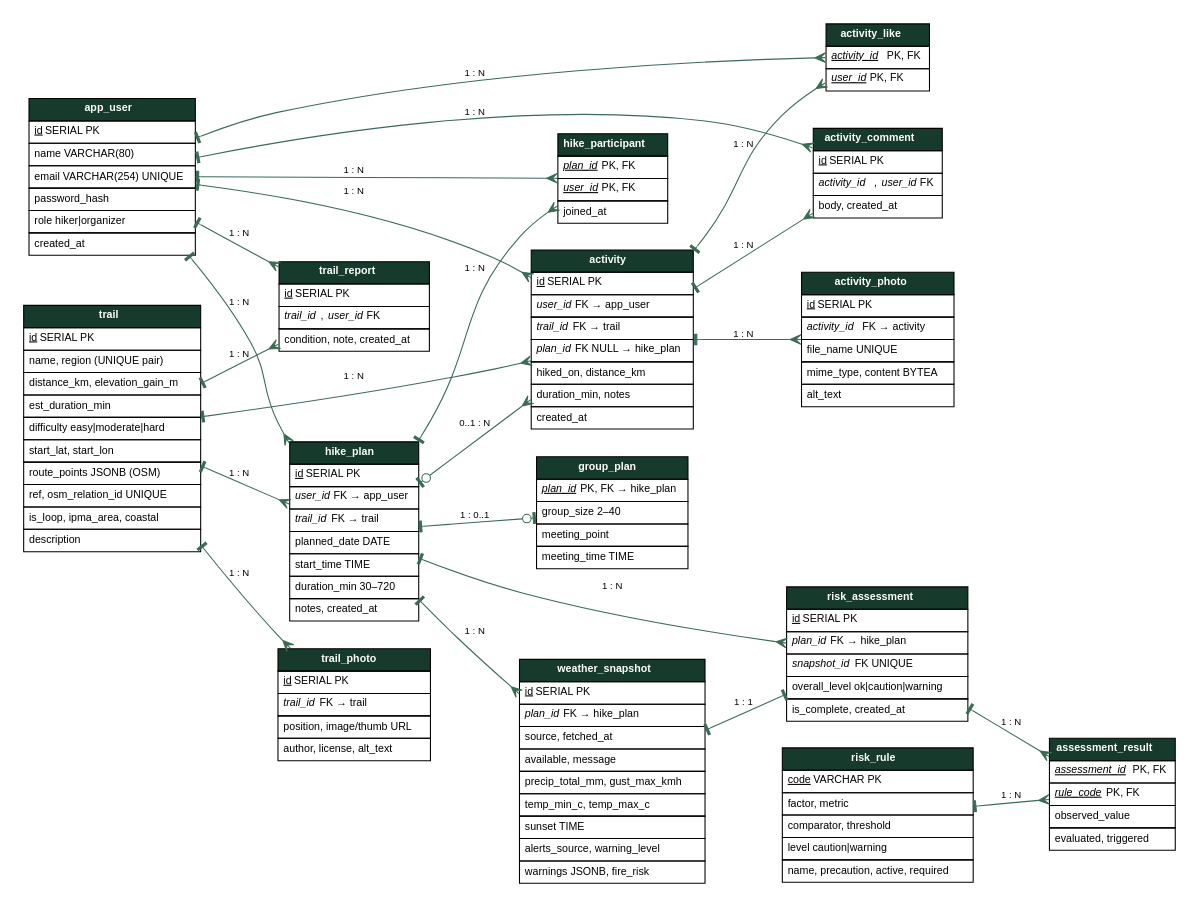
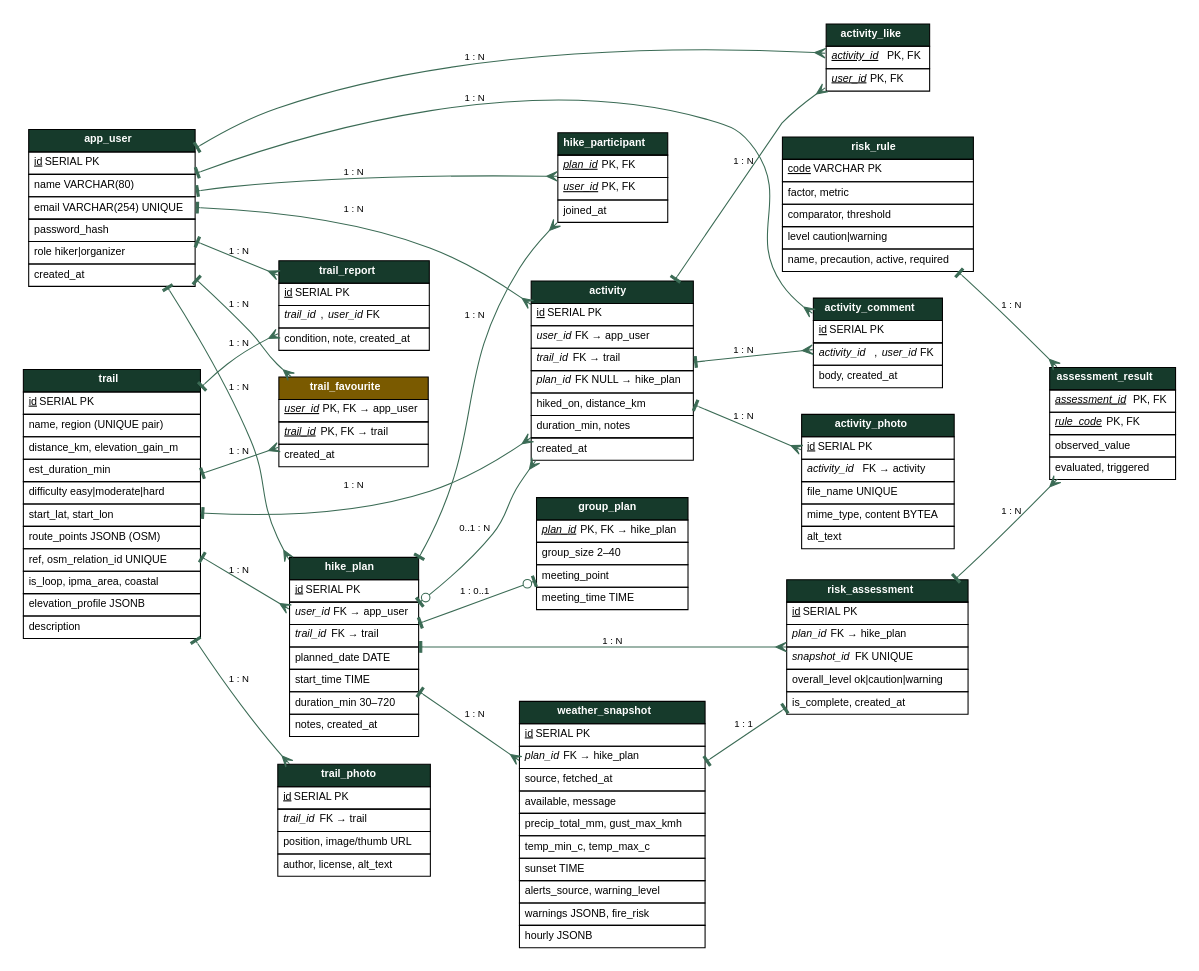
One commit to amanesenx-ai/trailsense changed the diagram in docs/er.dot. Above: the diagram before and after it, drawn with Graphviz. The commit also changed 7 other files, not shown here.

First line of the commit message:
docs(item 33): report with 17 tables and updated ER diagram, release 5 page; no credentials in the PDF

```diff
--- a/docs/er.dot
+++ b/docs/er.dot
@@ -1,42 +1,45 @@
 digraph ER {
   graph [rankdir=LR, bgcolor="white", pad=0.2, nodesep=0.35, ranksep=0.7, fontname="Helvetica"];
   node [shape=plain, fontname="Helvetica", fontsize=10];
   edge [fontname="Helvetica", fontsize=9, color="#3b6b55", arrowhead=crow, arrowtail=tee, dir=both];
   app_user [label=<<table border="0" cellborder="1" cellspacing="0" cellpadding="4"><tr><td bgcolor="#163a2b"><font color="white"><b>app_user</b></font></td></tr><tr><td align="left"><u>id</u> SERIAL PK</td></tr><tr><td align="left">name VARCHAR(80)</td></tr><tr><td align="left">email VARCHAR(254) UNIQUE</td></tr><tr><td align="left">password_hash</td></tr><tr><td align="left">role hiker|organizer</td></tr><tr><td align="left">created_at</td></tr></table>>];
-  trail [label=<<table border="0" cellborder="1" cellspacing="0" cellpadding="4"><tr><td bgcolor="#163a2b"><font color="white"><b>trail</b></font></td></tr><tr><td align="left"><u>id</u> SERIAL PK</td></tr><tr><td align="left">name, region (UNIQUE pair)</td></tr><tr><td align="left">distance_km, elevation_gain_m</td></tr><tr><td align="left">est_duration_min</td></tr><tr><td align="left">difficulty easy|moderate|hard</td></tr><tr><td align="left">start_lat, start_lon</td></tr><tr><td align="left">route_points JSONB (OSM)</td></tr><tr><td align="left">ref, osm_relation_id UNIQUE</td></tr><tr><td align="left">is_loop, ipma_area, coastal</td></tr><tr><td align="left">description</td></tr></table>>];
+  trail [label=<<table border="0" cellborder="1" cellspacing="0" cellpadding="4"><tr><td bgcolor="#163a2b"><font color="white"><b>trail</b></font></td></tr><tr><td align="left"><u>id</u> SERIAL PK</td></tr><tr><td align="left">name, region (UNIQUE pair)</td></tr><tr><td align="left">distance_km, elevation_gain_m</td></tr><tr><td align="left">est_duration_min</td></tr><tr><td align="left">difficulty easy|moderate|hard</td></tr><tr><td align="left">start_lat, start_lon</td></tr><tr><td align="left">route_points JSONB (OSM)</td></tr><tr><td align="left">ref, osm_relation_id UNIQUE</td></tr><tr><td align="left">is_loop, ipma_area, coastal</td></tr><tr><td align="left">elevation_profile JSONB</td></tr><tr><td align="left">description</td></tr></table>>];
   hike_plan [label=<<table border="0" cellborder="1" cellspacing="0" cellpadding="4"><tr><td bgcolor="#163a2b"><font color="white"><b>hike_plan</b></font></td></tr><tr><td align="left"><u>id</u> SERIAL PK</td></tr><tr><td align="left"><i>user_id</i> FK → app_user</td></tr><tr><td align="left"><i>trail_id</i> FK → trail</td></tr><tr><td align="left">planned_date DATE</td></tr><tr><td align="left">start_time TIME</td></tr><tr><td align="left">duration_min 30–720</td></tr><tr><td align="left">notes, created_at</td></tr></table>>];
   group_plan [label=<<table border="0" cellborder="1" cellspacing="0" cellpadding="4"><tr><td bgcolor="#163a2b"><font color="white"><b>group_plan</b></font></td></tr><tr><td align="left"><u><i>plan_id</i></u> PK, FK → hike_plan</td></tr><tr><td align="left">group_size 2–40</td></tr><tr><td align="left">meeting_point</td></tr><tr><td align="left">meeting_time TIME</td></tr></table>>];
-  weather_snapshot [label=<<table border="0" cellborder="1" cellspacing="0" cellpadding="4"><tr><td bgcolor="#163a2b"><font color="white"><b>weather_snapshot</b></font></td></tr><tr><td align="left"><u>id</u> SERIAL PK</td></tr><tr><td align="left"><i>plan_id</i> FK → hike_plan</td></tr><tr><td align="left">source, fetched_at</td></tr><tr><td align="left">available, message</td></tr><tr><td align="left">precip_total_mm, gust_max_kmh</td></tr><tr><td align="left">temp_min_c, temp_max_c</td></tr><tr><td align="left">sunset TIME</td></tr><tr><td align="left">alerts_source, warning_level</td></tr><tr><td align="left">warnings JSONB, fire_risk</td></tr></table>>];
+  weather_snapshot [label=<<table border="0" cellborder="1" cellspacing="0" cellpadding="4"><tr><td bgcolor="#163a2b"><font color="white"><b>weather_snapshot</b></font></td></tr><tr><td align="left"><u>id</u> SERIAL PK</td></tr><tr><td align="left"><i>plan_id</i> FK → hike_plan</td></tr><tr><td align="left">source, fetched_at</td></tr><tr><td align="left">available, message</td></tr><tr><td align="left">precip_total_mm, gust_max_kmh</td></tr><tr><td align="left">temp_min_c, temp_max_c</td></tr><tr><td align="left">sunset TIME</td></tr><tr><td align="left">alerts_source, warning_level</td></tr><tr><td align="left">warnings JSONB, fire_risk</td></tr><tr><td align="left">hourly JSONB</td></tr></table>>];
   risk_assessment [label=<<table border="0" cellborder="1" cellspacing="0" cellpadding="4"><tr><td bgcolor="#163a2b"><font color="white"><b>risk_assessment</b></font></td></tr><tr><td align="left"><u>id</u> SERIAL PK</td></tr><tr><td align="left"><i>plan_id</i> FK → hike_plan</td></tr><tr><td align="left"><i>snapshot_id</i> FK UNIQUE</td></tr><tr><td align="left">overall_level ok|caution|warning</td></tr><tr><td align="left">is_complete, created_at</td></tr></table>>];
   risk_rule [label=<<table border="0" cellborder="1" cellspacing="0" cellpadding="4"><tr><td bgcolor="#163a2b"><font color="white"><b>risk_rule</b></font></td></tr><tr><td align="left"><u>code</u> VARCHAR PK</td></tr><tr><td align="left">factor, metric</td></tr><tr><td align="left">comparator, threshold</td></tr><tr><td align="left">level caution|warning</td></tr><tr><td align="left">name, precaution, active, required</td></tr></table>>];
   assessment_result [label=<<table border="0" cellborder="1" cellspacing="0" cellpadding="4"><tr><td bgcolor="#163a2b"><font color="white"><b>assessment_result</b></font></td></tr><tr><td align="left"><u><i>assessment_id</i></u> PK, FK</td></tr><tr><td align="left"><u><i>rule_code</i></u> PK, FK</td></tr><tr><td align="left">observed_value</td></tr><tr><td align="left">evaluated, triggered</td></tr></table>>];
   activity [label=<<table border="0" cellborder="1" cellspacing="0" cellpadding="4"><tr><td bgcolor="#163a2b"><font color="white"><b>activity</b></font></td></tr><tr><td align="left"><u>id</u> SERIAL PK</td></tr><tr><td align="left"><i>user_id</i> FK → app_user</td></tr><tr><td align="left"><i>trail_id</i> FK → trail</td></tr><tr><td align="left"><i>plan_id</i> FK NULL → hike_plan</td></tr><tr><td align="left">hiked_on, distance_km</td></tr><tr><td align="left">duration_min, notes</td></tr><tr><td align="left">created_at</td></tr></table>>];
   activity_photo [label=<<table border="0" cellborder="1" cellspacing="0" cellpadding="4"><tr><td bgcolor="#163a2b"><font color="white"><b>activity_photo</b></font></td></tr><tr><td align="left"><u>id</u> SERIAL PK</td></tr><tr><td align="left"><i>activity_id</i> FK → activity</td></tr><tr><td align="left">file_name UNIQUE</td></tr><tr><td align="left">mime_type, content BYTEA</td></tr><tr><td align="left">alt_text</td></tr></table>>];
 
   trail_photo [label=<<table border="0" cellborder="1" cellspacing="0" cellpadding="4"><tr><td bgcolor="#163a2b"><font color="white"><b>trail_photo</b></font></td></tr><tr><td align="left"><u>id</u> SERIAL PK</td></tr><tr><td align="left"><i>trail_id</i> FK → trail</td></tr><tr><td align="left">position, image/thumb URL</td></tr><tr><td align="left">author, license, alt_text</td></tr></table>>];
   hike_participant [label=<<table border="0" cellborder="1" cellspacing="0" cellpadding="4"><tr><td bgcolor="#163a2b"><font color="white"><b>hike_participant</b></font></td></tr><tr><td align="left"><u><i>plan_id</i></u> PK, FK</td></tr><tr><td align="left"><u><i>user_id</i></u> PK, FK</td></tr><tr><td align="left">joined_at</td></tr></table>>];
   trail_report [label=<<table border="0" cellborder="1" cellspacing="0" cellpadding="4"><tr><td bgcolor="#163a2b"><font color="white"><b>trail_report</b></font></td></tr><tr><td align="left"><u>id</u> SERIAL PK</td></tr><tr><td align="left"><i>trail_id</i>, <i>user_id</i> FK</td></tr><tr><td align="left">condition, note, created_at</td></tr></table>>];
   activity_like [label=<<table border="0" cellborder="1" cellspacing="0" cellpadding="4"><tr><td bgcolor="#163a2b"><font color="white"><b>activity_like</b></font></td></tr><tr><td align="left"><u><i>activity_id</i></u> PK, FK</td></tr><tr><td align="left"><u><i>user_id</i></u> PK, FK</td></tr></table>>];
   activity_comment [label=<<table border="0" cellborder="1" cellspacing="0" cellpadding="4"><tr><td bgcolor="#163a2b"><font color="white"><b>activity_comment</b></font></td></tr><tr><td align="left"><u>id</u> SERIAL PK</td></tr><tr><td align="left"><i>activity_id</i>, <i>user_id</i> FK</td></tr><tr><td align="left">body, created_at</td></tr></table>>];
+  trail_favourite [label=<<table border="0" cellborder="1" cellspacing="0" cellpadding="4"><tr><td bgcolor="#7a5a00"><font color="white"><b>trail_favourite</b></font></td></tr><tr><td align="left"><u><i>user_id</i></u> PK, FK → app_user</td></tr><tr><td align="left"><u><i>trail_id</i></u> PK, FK → trail</td></tr><tr><td align="left">created_at</td></tr></table>>];
+  app_user -> trail_favourite [label="1 : N"];
+  trail -> trail_favourite [label="1 : N"];
   trail -> trail_photo [label="1 : N"];
   hike_plan -> hike_participant [label="1 : N"];
   app_user -> hike_participant [label="1 : N"];
   trail -> trail_report [label="1 : N"];
   app_user -> trail_report [label="1 : N"];
   activity -> activity_like [label="1 : N"];
   app_user -> activity_like [label="1 : N"];
   activity -> activity_comment [label="1 : N"];
   app_user -> activity_comment [label="1 : N"];
   app_user -> hike_plan [label="1 : N"];
   trail -> hike_plan [label="1 : N"];
   hike_plan -> group_plan [label="1 : 0..1", arrowhead=teeodot];
   hike_plan -> weather_snapshot [label="1 : N"];
   hike_plan -> risk_assessment [label="1 : N"];
   weather_snapshot -> risk_assessment [label="1 : 1", arrowhead=tee];
   risk_assessment -> assessment_result [label="1 : N"];
   risk_rule -> assessment_result [label="1 : N"];
   app_user -> activity [label="1 : N"];
   trail -> activity [label="1 : N"];
   hike_plan -> activity [label="0..1 : N", arrowtail=teeodot];
   activity -> activity_photo [label="1 : N"];
 }
```
